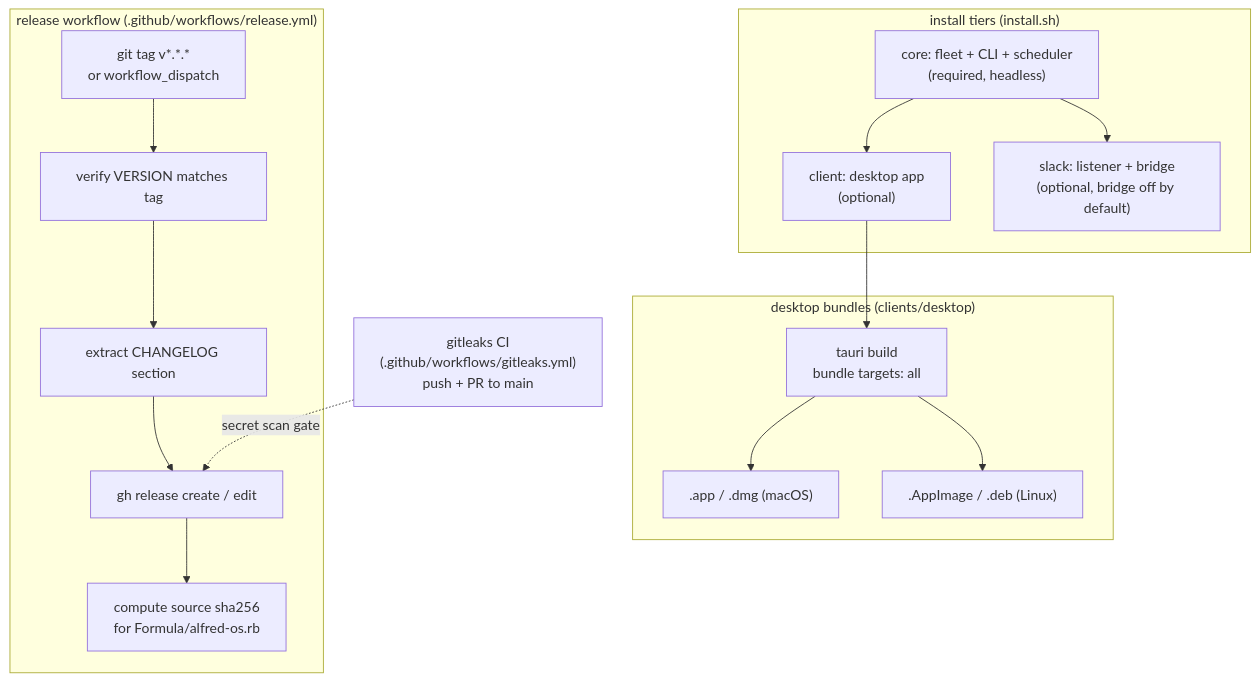
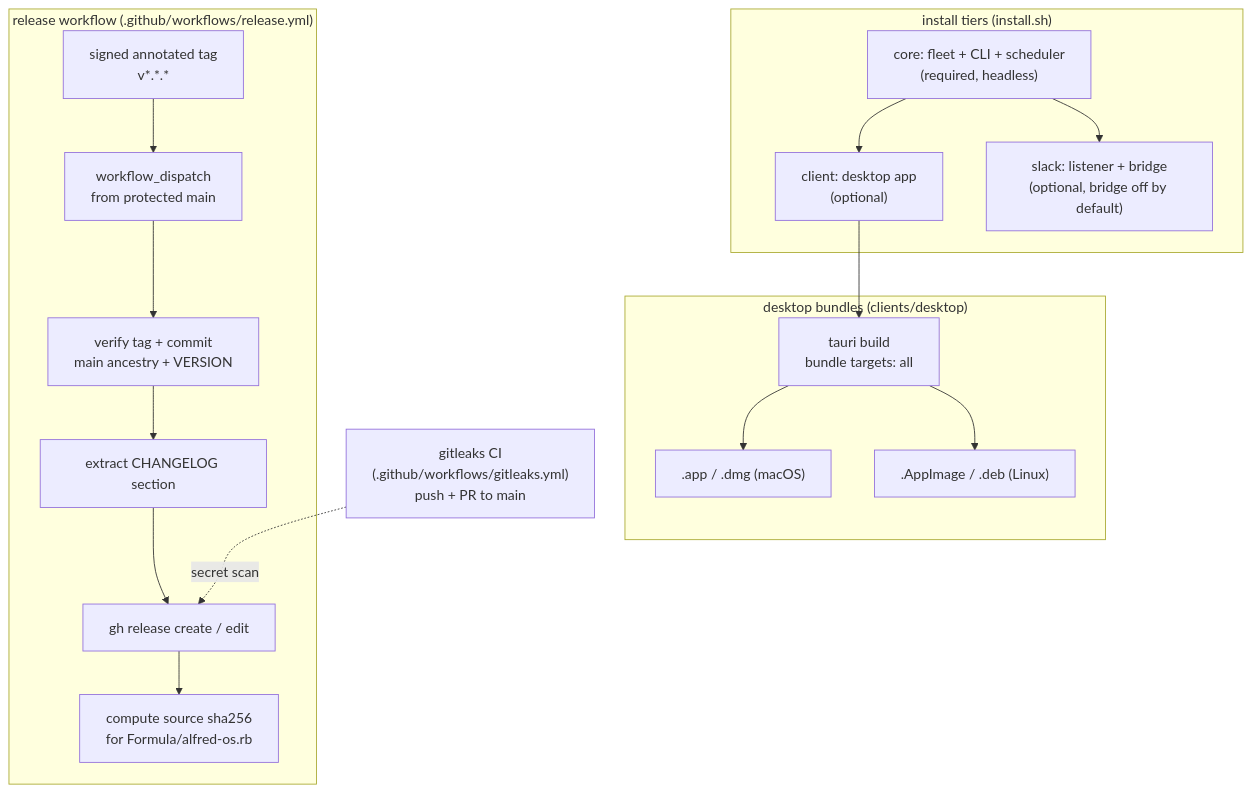
Before and after one commit to luminik-io/alfred: the eighth of 8 diagrams in docs/ARCHITECTURE.md, drawn with Mermaid. The commit also changed other lines of this file and 20 other files, not shown here.

````diff
--- a/docs/ARCHITECTURE.md
+++ b/docs/ARCHITECTURE.md
@@ -301,32 +303,33 @@
 ```mermaid
 flowchart TD
     subgraph tiers["install tiers (install.sh)"]
         core["core: fleet + CLI + scheduler<br/>(required, headless)"]
         clientTier["client: desktop app<br/>(optional)"]
         slackTier["slack: listener + bridge<br/>(optional, bridge off by default)"]
     end
 
     subgraph build["desktop bundles (clients/desktop)"]
         tauri["tauri build<br/>bundle targets: all"]
         macbun[".app / .dmg (macOS)"]
         linbun[".AppImage / .deb (Linux)"]
     end
 
     subgraph release["release workflow (.github/workflows/release.yml)"]
-        tag["git tag v*.*.*<br/>or workflow_dispatch"]
-        verify["verify VERSION matches tag"]
+        tag["signed annotated tag<br/>v*.*.*"]
+        dispatch["workflow_dispatch<br/>from protected main"]
+        verify["verify tag + commit<br/>main ancestry + VERSION"]
         notes["extract CHANGELOG section"]
         ghrel["gh release create / edit"]
         brew["compute source sha256<br/>for Formula/alfred-os.rb"]
     end
 
     ci["gitleaks CI<br/>(.github/workflows/gitleaks.yml)<br/>push + PR to main"]
 
     core --> clientTier
     core --> slackTier
     clientTier --> tauri
     tauri --> macbun
     tauri --> linbun
-    tag --> verify --> notes --> ghrel --> brew
-    ci -.->|secret scan gate| ghrel
+    tag --> dispatch --> verify --> notes --> ghrel --> brew
+    ci -.->|secret scan| ghrel
 ```
````
